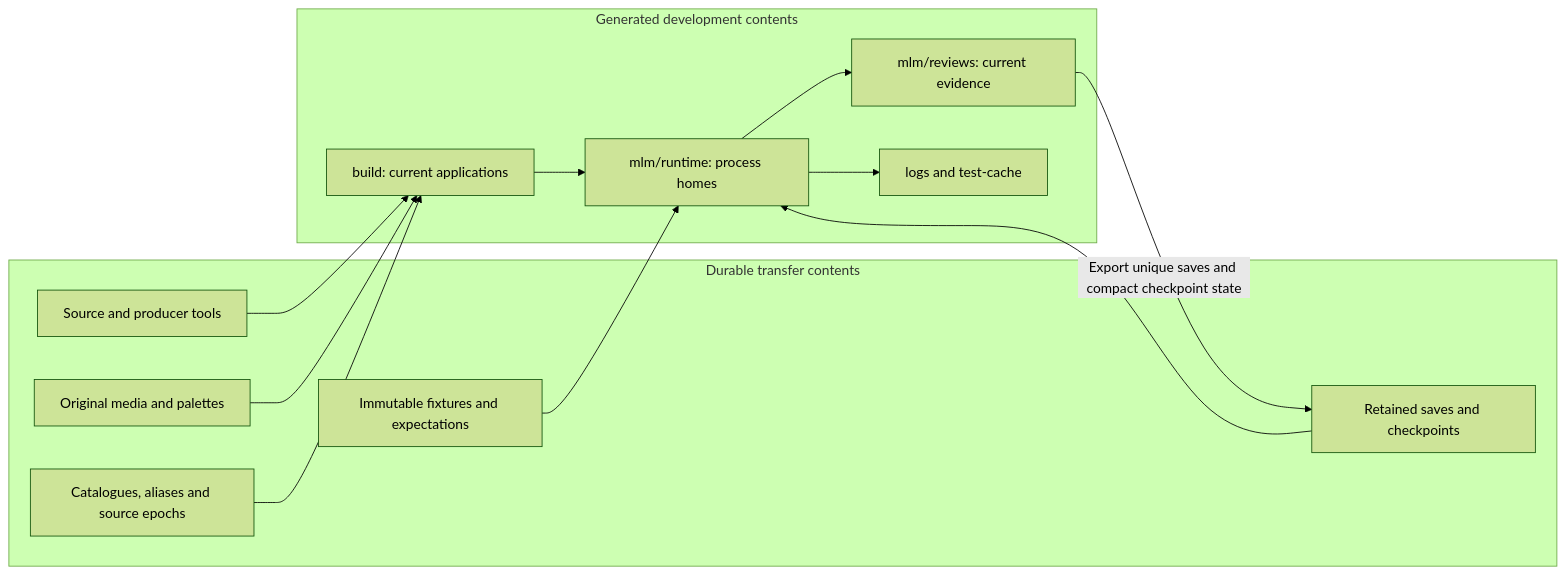
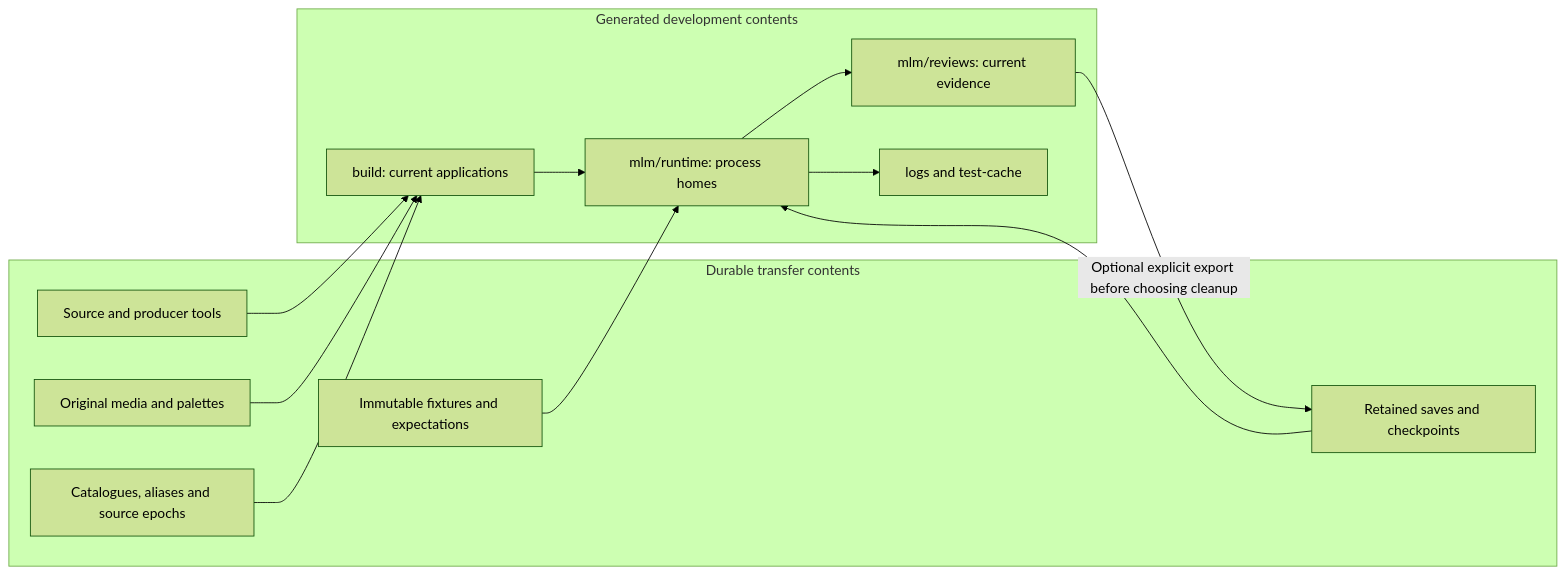
One commit to Kyliathy/OpenTTD changed the first of 4 diagrams in docs/zz-reach2/architecture/archi-historical-debug.md. Above: the diagram before and after it, drawn with Mermaid (forest theme). The commit also changed other lines of this file and 8 other files, not shown here.

````diff
--- a/docs/zz-reach2/architecture/archi-historical-debug.md
+++ b/docs/zz-reach2/architecture/archi-historical-debug.md
@@ -87,25 +109,25 @@
 ```mermaid
 flowchart LR
     subgraph Durable["Durable transfer contents"]
         Code["Source and producer tools"]
         Art["Original media and palettes"]
         Fixtures["Immutable fixtures and expectations"]
         Saves["Retained saves and checkpoints"]
         Contracts["Catalogues, aliases and source epochs"]
     end
     subgraph Generated["Generated development contents"]
         Build["build: current applications"]
         Runtime["mlm/runtime: process homes"]
         Review["mlm/reviews: current evidence"]
         Scratch["logs and test-cache"]
     end
     Code --> Build
     Art --> Build
     Contracts --> Build
     Build --> Runtime
     Fixtures --> Runtime
     Saves --> Runtime
     Runtime --> Review
     Runtime --> Scratch
-    Review -->|"Export unique saves and compact checkpoint state"| Saves
+    Review -->|"Optional explicit export before choosing cleanup"| Saves
 ```
````
